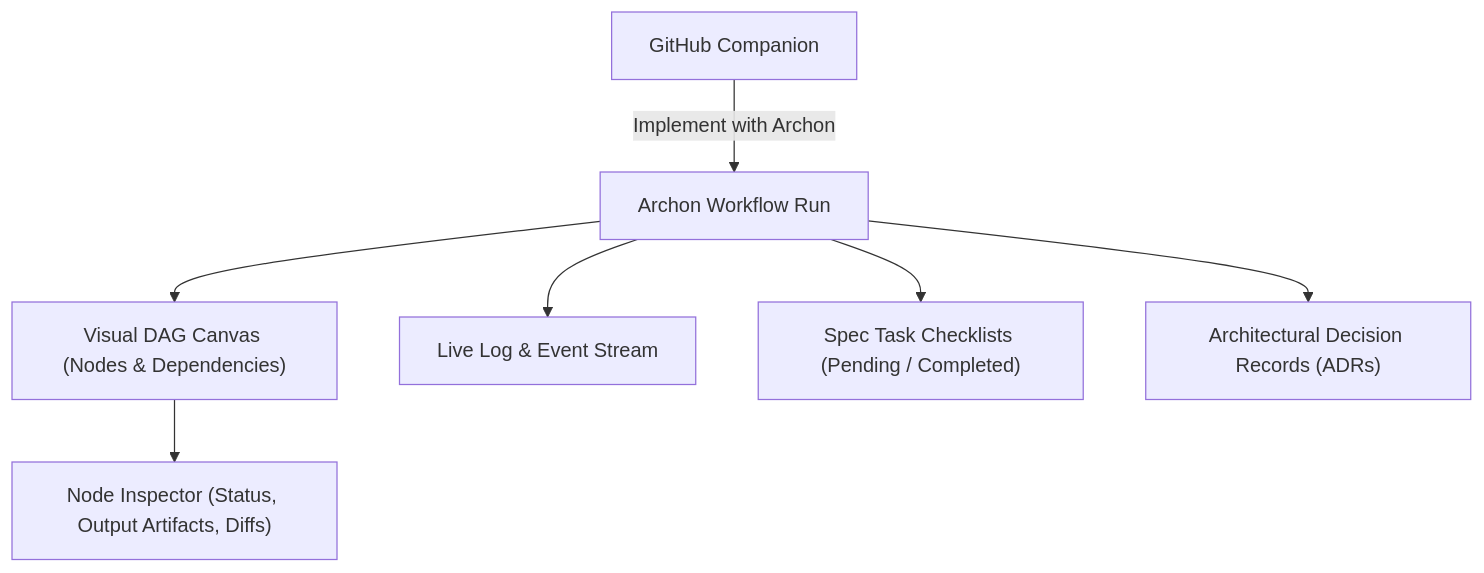
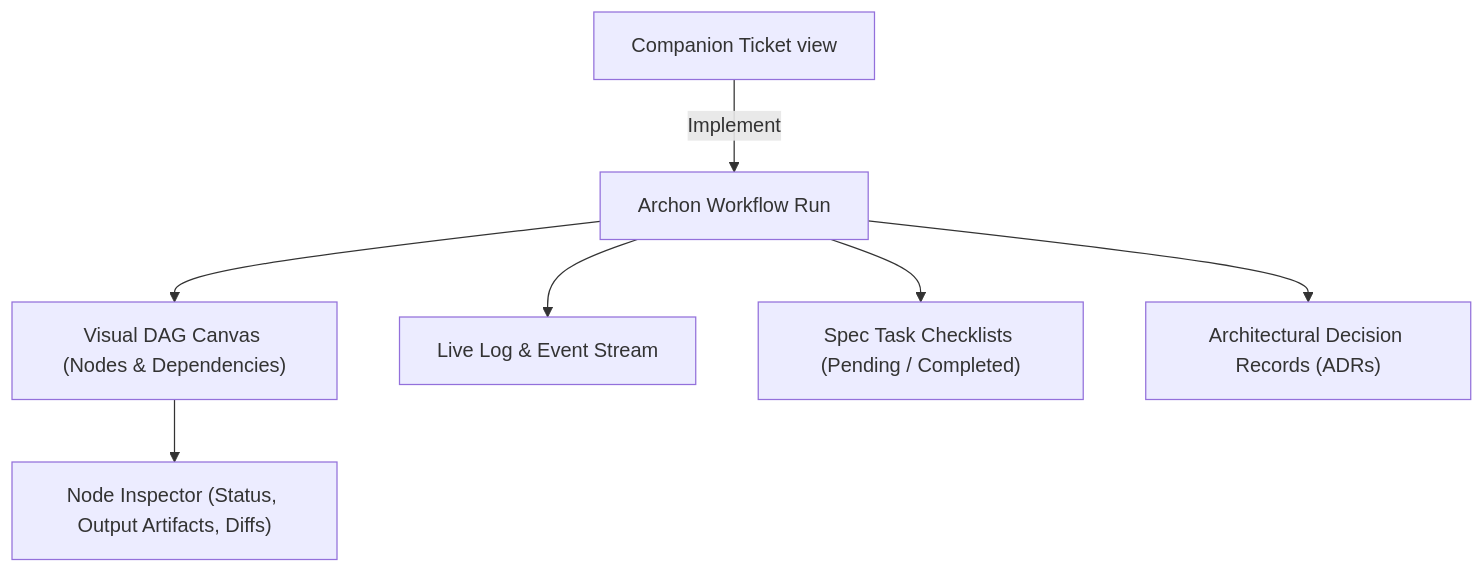
Before and after one commit to seanrobertwright/Quay-2: the diagram in docs/features/archon-sdd.md, drawn with Mermaid. The commit also changed other lines of this file and 10 other files, not shown here.

First line of the commit message:
Docs: the Source control panel replaces the GitHub Companion drawer

````diff
--- a/docs/features/archon-sdd.md
+++ b/docs/features/archon-sdd.md
@@ -11,10 +11,10 @@
 ```mermaid
 flowchart TD
     Run["Archon Workflow Run"] --> DAG["Visual DAG Canvas (Nodes & Dependencies)"]
     Run --> Logs["Live Log & Event Stream"]
     Run --> Spec["Spec Task Checklists (Pending / Completed)"]
     Run --> ADR["Architectural Decision Records (ADRs)"]
     
     DAG --> Inspector["Node Inspector (Status, Output Artifacts, Diffs)"]
-    Github["GitHub Companion"] -->|"Implement with Archon"| Run
+    Github["Companion Ticket view"] -->|"Implement"| Run
 ```
````
